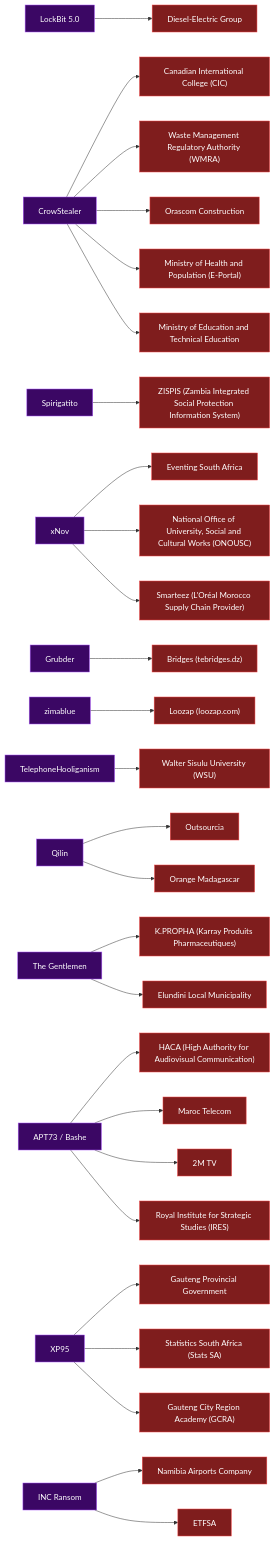
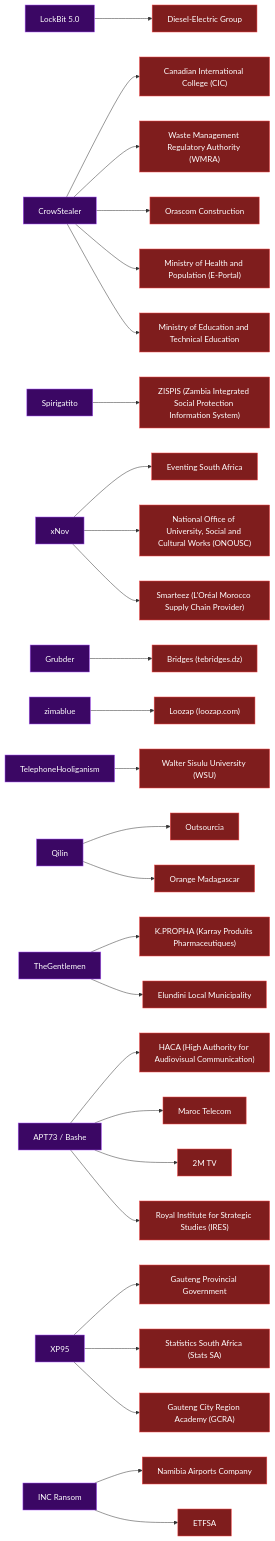
One commit to Hatchepsoute/AFRINTEL changed the sixth of 6 diagrams in visual-intelligence/03-march/ecosystem-map.md. Above: the diagram before and after it, drawn with Mermaid. The commit also changed other lines of this file and 83 other files, not shown here.

```diff
--- a/visual-intelligence/03-march/ecosystem-map.md
+++ b/visual-intelligence/03-march/ecosystem-map.md
@@ -337,7 +337,7 @@
     A_Qilin["Qilin"] --> V_Orange_Madagascar["Orange Madagascar"]
     class A_Qilin actor;
     class V_Orange_Madagascar victim;
-    A_The_Gentlemen["The Gentlemen"] --> V_K_PROPHA__Karray_Produits_Pharmaceutiques["K.PROPHA (Karray Produits Pharmaceutiques)"]
+    A_The_Gentlemen["TheGentlemen"] --> V_K_PROPHA__Karray_Produits_Pharmaceutiques["K.PROPHA (Karray Produits Pharmaceutiques)"]
     class A_The_Gentlemen actor;
     class V_K_PROPHA__Karray_Produits_Pharmaceutiques victim;
     A_APT73___Bashe["APT73 / Bashe"] --> V_HACA__High_Authority_for_Audiovisual_Communication["HACA (High Authority for Audiovisual Communication)"]
@@ -349,7 +349,7 @@
     A_INC_Ransom["INC Ransom"] --> V_Namibia_Airports_Company["Namibia Airports Company"]
     class A_INC_Ransom actor;
     class V_Namibia_Airports_Company victim;
-    A_The_Gentlemen["The Gentlemen"] --> V_Elundini_Local_Municipality["Elundini Local Municipality"]
+    A_The_Gentlemen["TheGentlemen"] --> V_Elundini_Local_Municipality["Elundini Local Municipality"]
     class A_The_Gentlemen actor;
     class V_Elundini_Local_Municipality victim;
     A_INC_Ransom["INC Ransom"] --> V_ETFSA["ETFSA"]
```
